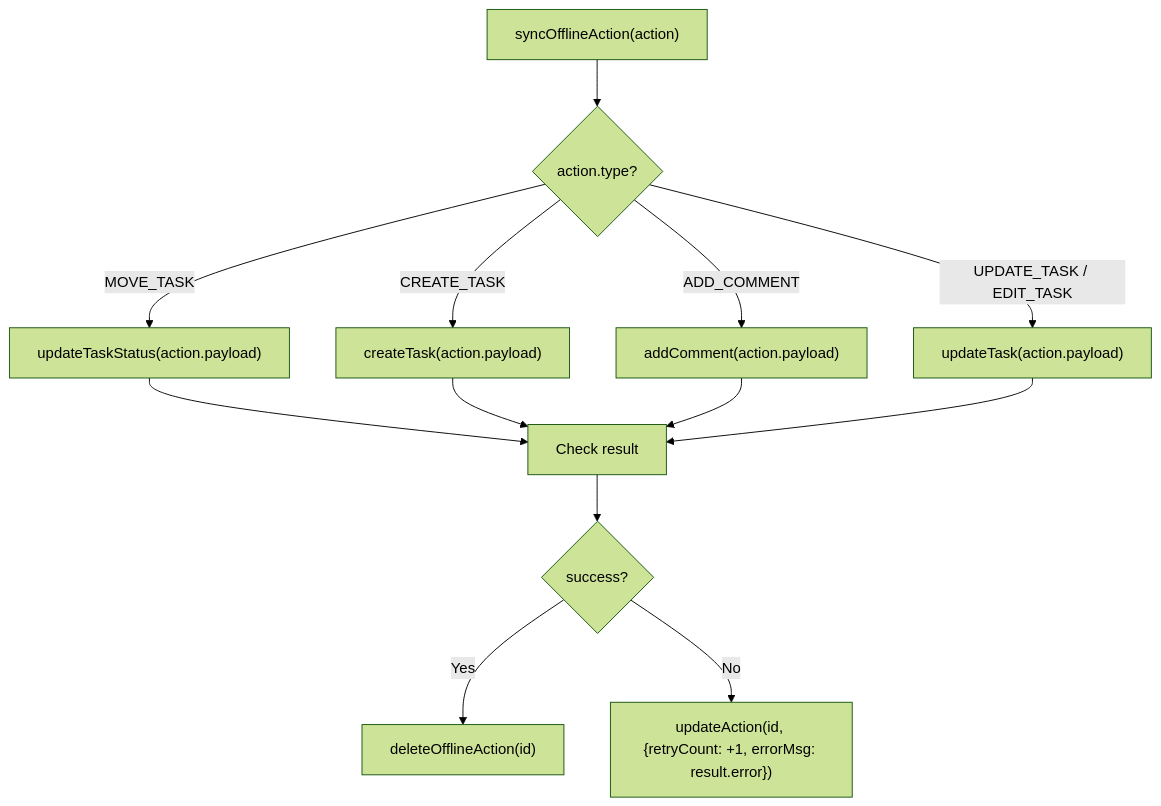
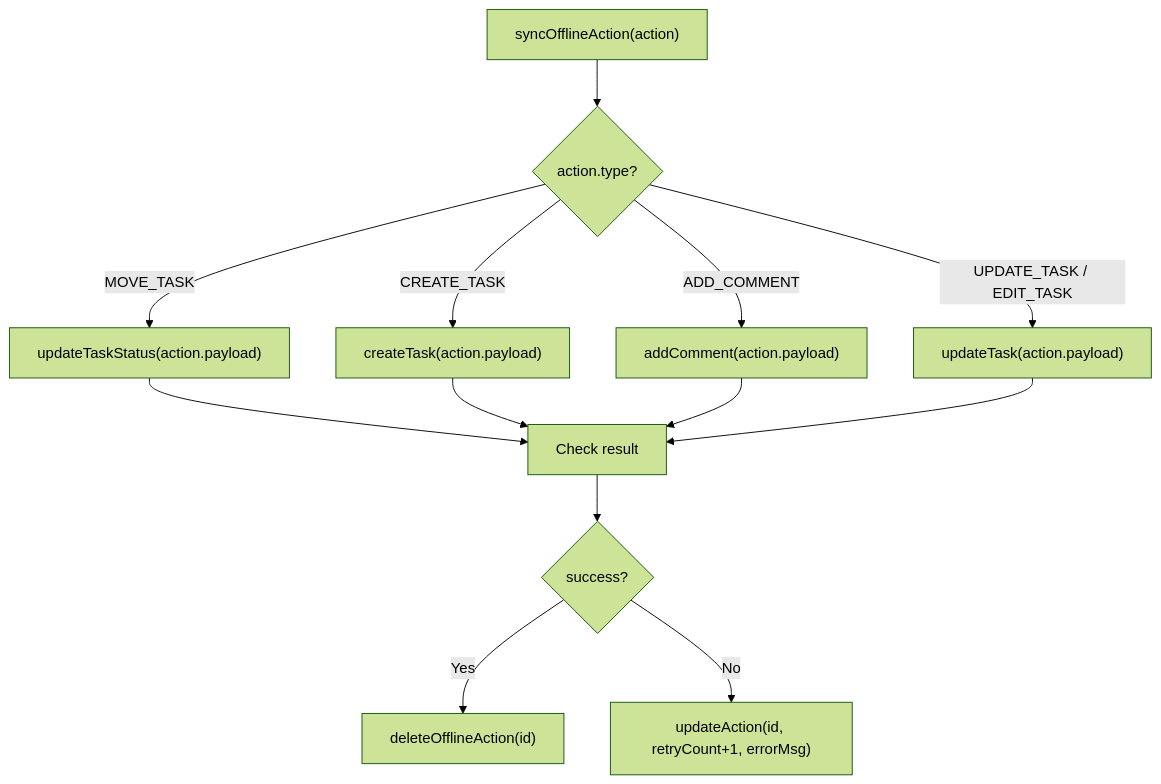
One commit to asefahmed500/Smart-Task-App_IIT_DU_Final_Project changed the fifth of 7 diagrams in docs/08-offline-queue.md. Above: the diagram before and after it, drawn with Mermaid (forest theme). The commit also changed other lines of this file and 9 other files, not shown here.

Commit message:
fix: update AGENTS.md with Vercel deployment notes and additional mermaid cleanups

````diff
--- a/docs/08-offline-queue.md
+++ b/docs/08-offline-queue.md
@@ -176,18 +176,18 @@
 ```mermaid
 flowchart TD
     START["syncOfflineAction(action)"] --> TYPE{"action.type?"}
 
     TYPE -->|MOVE_TASK| MOVE["updateTaskStatus(action.payload)"]
     TYPE -->|CREATE_TASK| CREATE["createTask(action.payload)"]
     TYPE -->|ADD_COMMENT| COMMENT["addComment(action.payload)"]
     TYPE -->|UPDATE_TASK / EDIT_TASK| EDIT["updateTask(action.payload)"]
 
     MOVE --> RESULT["Check result"]
     CREATE --> RESULT
     COMMENT --> RESULT
     EDIT --> RESULT
 
     RESULT --> SUCCESS{"success?"}
     SUCCESS -->|Yes| DELETE["deleteOfflineAction(id)"]
-    SUCCESS -->|No| INCREMENT["updateAction(id, {retryCount: +1, errorMsg: result.error})"]
+    SUCCESS -->|No| INCREMENT["updateAction(id, retryCount+1, errorMsg)"]
 ```
````
